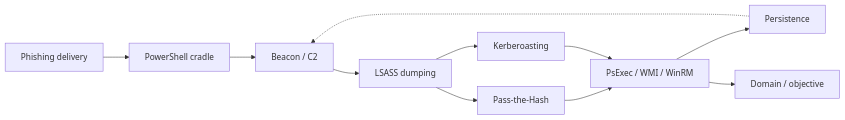
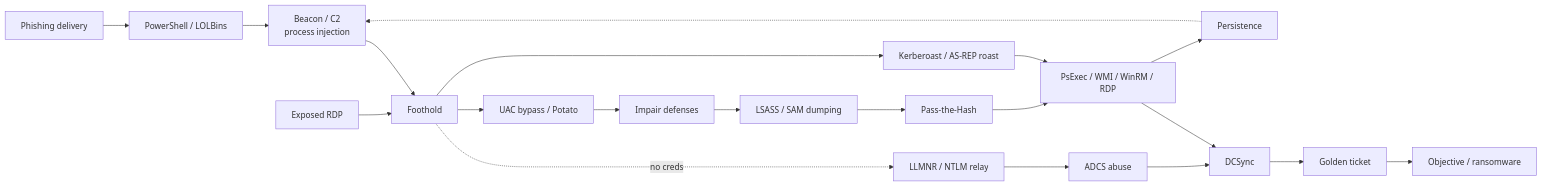
The diagram in docs/adversary/index.md (DFIDwiz-sketch/dfir-handbook), drawn with Mermaid before and after one commit. The commit also changed other lines of this file and 17 other files, not shown here.

````diff
--- a/docs/adversary/index.md
+++ b/docs/adversary/index.md
@@ -24,13 +41,22 @@
 ```mermaid
 flowchart LR
-    P[Phishing delivery] --> PS[PowerShell cradle]
-    PS --> BEA[Beacon / C2]
-    BEA --> L[LSASS dumping]
-    L --> K[Kerberoasting]
+    P[Phishing delivery] --> PS[PowerShell / LOLBins]
+    EXT[Exposed RDP] --> H
+    PS --> BEA[Beacon / C2<br/>process injection]
+    BEA --> H[Foothold]
+    H --> ESC[UAC bypass / Potato]
+    ESC --> EV[Impair defenses]
+    EV --> L[LSASS / SAM dumping]
+    H -.no creds.-> REL[LLMNR / NTLM relay]
+    H --> K[Kerberoast / AS-REP roast]
+    REL --> ADCS[ADCS abuse]
     L --> PTH[Pass-the-Hash]
-    PTH --> LM[PsExec / WMI / WinRM]
+    PTH --> LM[PsExec / WMI / WinRM / RDP]
     K --> LM
     LM --> PER[Persistence]
+    ADCS --> DOM[DCSync]
+    LM --> DOM
+    DOM --> GT[Golden ticket]
+    GT --> OBJ[Objective / ransomware]
     PER -.-> BEA
-    LM --> DOM[Domain / objective]
 ```
````
